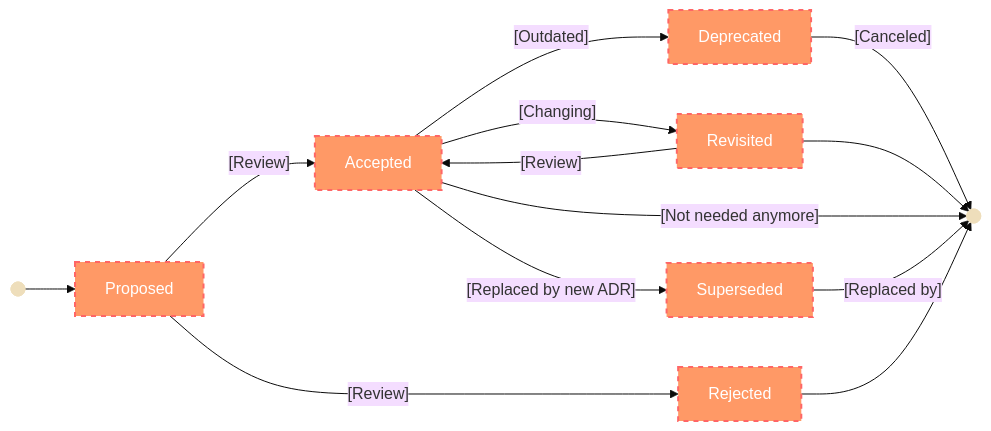
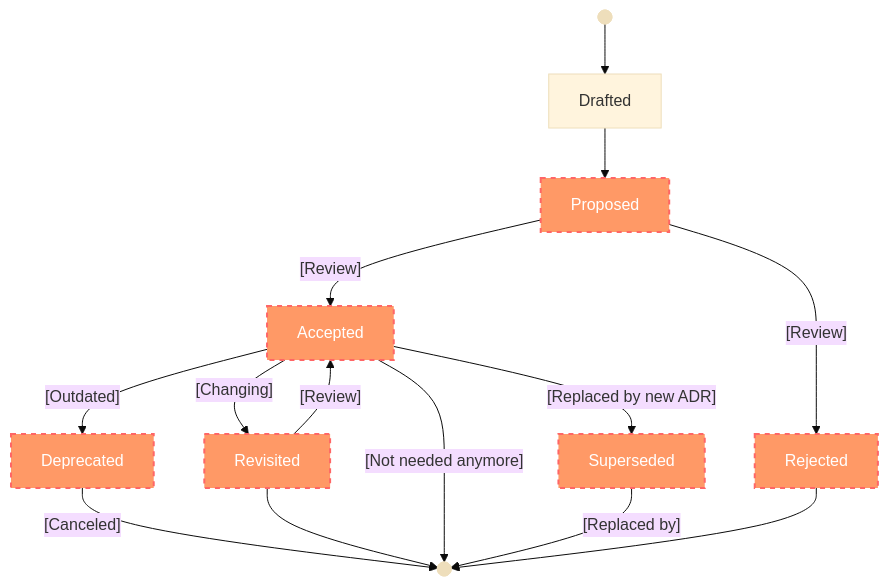
One commit to rossbachp/DeciCollab changed the diagram in ADR-Template.md. Above: the diagram before and after it, drawn with Mermaid (base theme). The commit also changed other lines of this file and 3 other files, not shown here.

````diff
--- a/ADR-Template.md
+++ b/ADR-Template.md
@@ -52,21 +54,22 @@
 ```mermaid
-flowchart LR
-    Start --> Proposed
+flowchart TD
+    Start --> Drafted
+    Drafted --> Proposed
     Proposed    -- [Review] --> Accepted
     Proposed    -- [Review] --> Rejected
     Accepted    -- [Changing] --> Revisited
     Revisited   -- [Review] --> Accepted
     Accepted    -- [Outdated] --> Deprecated
     Accepted    -- [Replaced by new ADR] --> Superseded
     Deprecated  -- [Canceled] --> End
     Revisited   --> End
     Accepted    -- [Not needed anymore] --> End
     Superseded  -- [Replaced by] --> End
     Rejected    --> End
 
     Start@{ shape: f-circ, label: "Start" }
     End@{ shape: f-circ, label: "End" }
 
 classDef state fill:#f96,stroke:#f66,stroke-width:2px,color:#fff,stroke-dasharray: 5 5
 class Proposed,Accepted,Rejected,Revisited,Deprecated,Deprecated,Decied,Superseded state;
 ```
````
